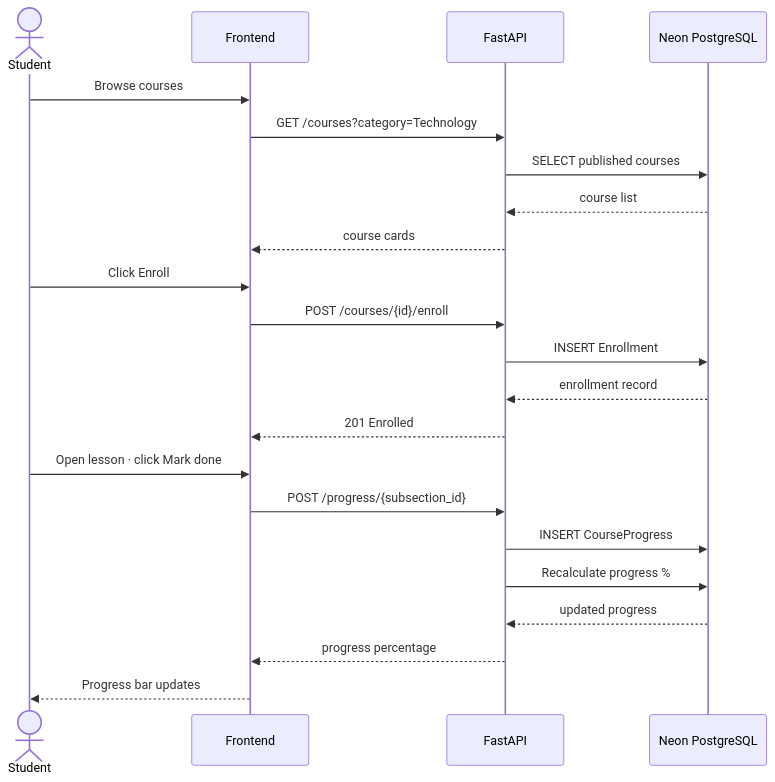
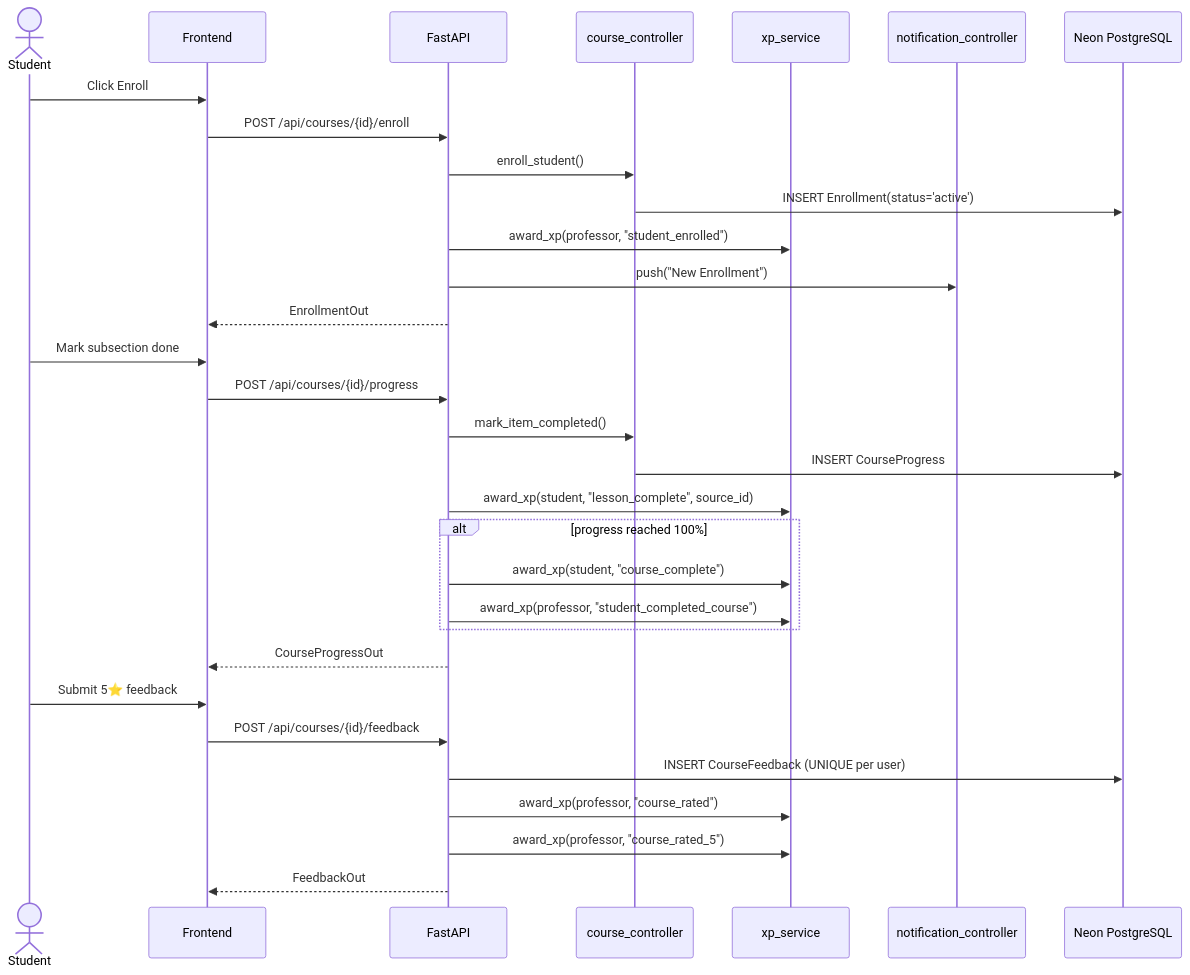
Before and after one commit to yazidha09/Hub4Learners: the fourth of 4 diagrams in docs/sprints/SPRINT_2.md, drawn with Mermaid. The commit also changed other lines of this file and 5 other files, not shown here.

````diff
--- a/docs/sprints/SPRINT_2.md
+++ b/docs/sprints/SPRINT_2.md
@@ -154,27 +193,36 @@
 ```mermaid
 sequenceDiagram
     actor Student
     participant Frontend
     participant FastAPI
-    participant Neon PostgreSQL
-
-    Student->>Frontend: Browse courses
-    Frontend->>FastAPI: GET /courses?category=Technology
-    FastAPI->>Neon PostgreSQL: SELECT published courses
-    Neon PostgreSQL-->>FastAPI: course list
-    FastAPI-->>Frontend: course cards
+    participant CourseCtrl as course_controller
+    participant XP as xp_service
+    participant Notif as notification_controller
+    participant DB as Neon PostgreSQL
 
     Student->>Frontend: Click Enroll
-    Frontend->>FastAPI: POST /courses/{id}/enroll
-    FastAPI->>Neon PostgreSQL: INSERT Enrollment
-    Neon PostgreSQL-->>FastAPI: enrollment record
-    FastAPI-->>Frontend: 201 Enrolled
+    Frontend->>FastAPI: POST /api/courses/{id}/enroll
+    FastAPI->>CourseCtrl: enroll_student()
+    CourseCtrl->>DB: INSERT Enrollment(status='active')
+    FastAPI->>XP: award_xp(professor, "student_enrolled")
+    FastAPI->>Notif: push("New Enrollment")
+    FastAPI-->>Frontend: EnrollmentOut
 
-    Student->>Frontend: Open lesson · click Mark done
-    Frontend->>FastAPI: POST /progress/{subsection_id}
-    FastAPI->>Neon PostgreSQL: INSERT CourseProgress
-    FastAPI->>Neon PostgreSQL: Recalculate progress %
-    Neon PostgreSQL-->>FastAPI: updated progress
-    FastAPI-->>Frontend: progress percentage
-    Frontend-->>Student: Progress bar updates
+    Student->>Frontend: Mark subsection done
+    Frontend->>FastAPI: POST /api/courses/{id}/progress
+    FastAPI->>CourseCtrl: mark_item_completed()
+    CourseCtrl->>DB: INSERT CourseProgress
+    FastAPI->>XP: award_xp(student, "lesson_complete", source_id)
+    alt progress reached 100%
+        FastAPI->>XP: award_xp(student, "course_complete")
+        FastAPI->>XP: award_xp(professor, "student_completed_course")
+    end
+    FastAPI-->>Frontend: CourseProgressOut
+
+    Student->>Frontend: Submit 5⭐ feedback
+    Frontend->>FastAPI: POST /api/courses/{id}/feedback
+    FastAPI->>DB: INSERT CourseFeedback (UNIQUE per user)
+    FastAPI->>XP: award_xp(professor, "course_rated")
+    FastAPI->>XP: award_xp(professor, "course_rated_5")
+    FastAPI-->>Frontend: FeedbackOut
 ```
````
